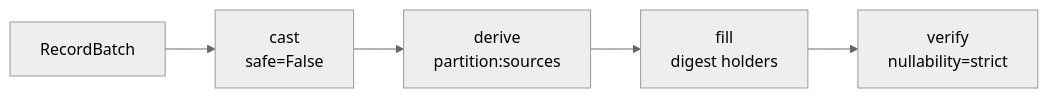
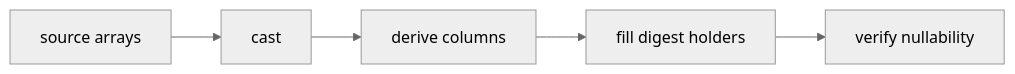
The diagram in docs/contracts/types.md (Platob/yggfin), drawn with Mermaid (neutral theme) before and after one commit. The commit also changed other lines of this file and 46 other files, not shown here.

````diff
--- a/docs/contracts/types.md
+++ b/docs/contracts/types.md
@@ -85,7 +63,7 @@
 ```mermaid
 flowchart LR
-    A["RecordBatch"] --> B["cast<br/>safe=False"]
-    B --> C["derive<br/>partition:sources"]
-    C --> D["fill<br/>digest holders"]
-    D --> E["verify<br/>nullability=strict"]
+    A["source arrays"] --> B["cast"]
+    B --> C["derive columns"]
+    C --> D["fill digest holders"]
+    D --> E["verify nullability"]
 ```
````
